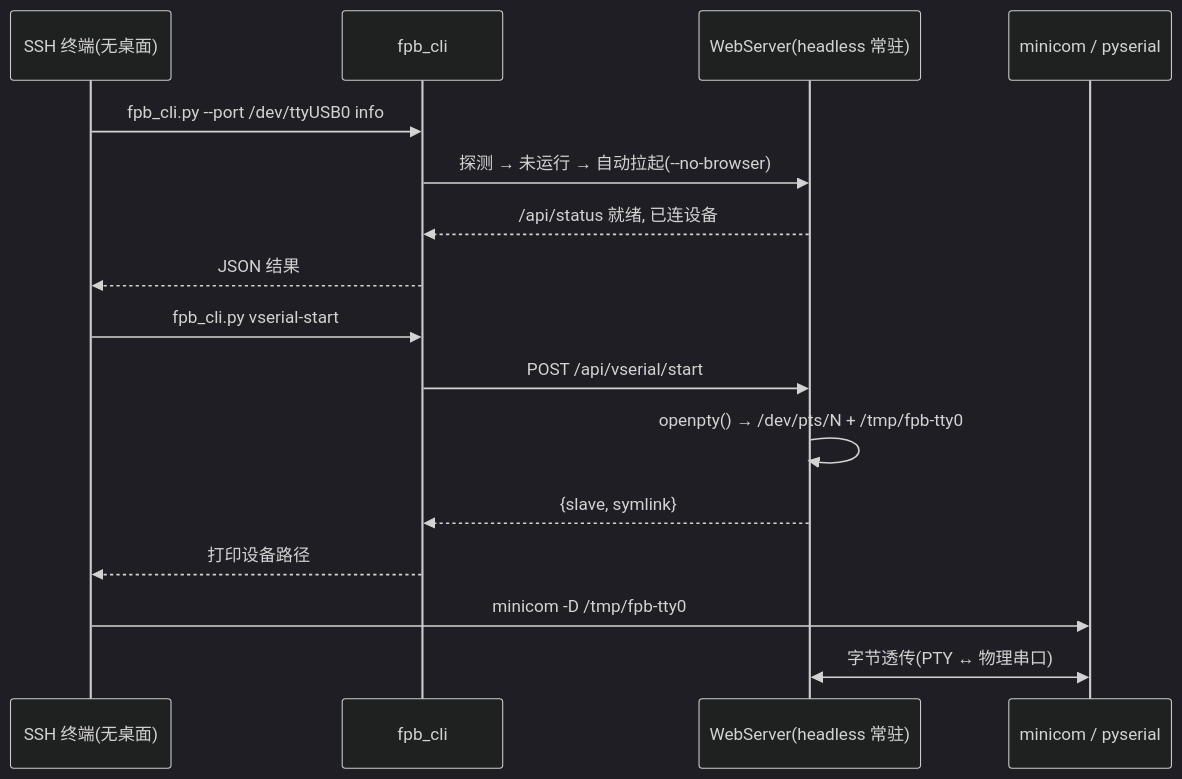
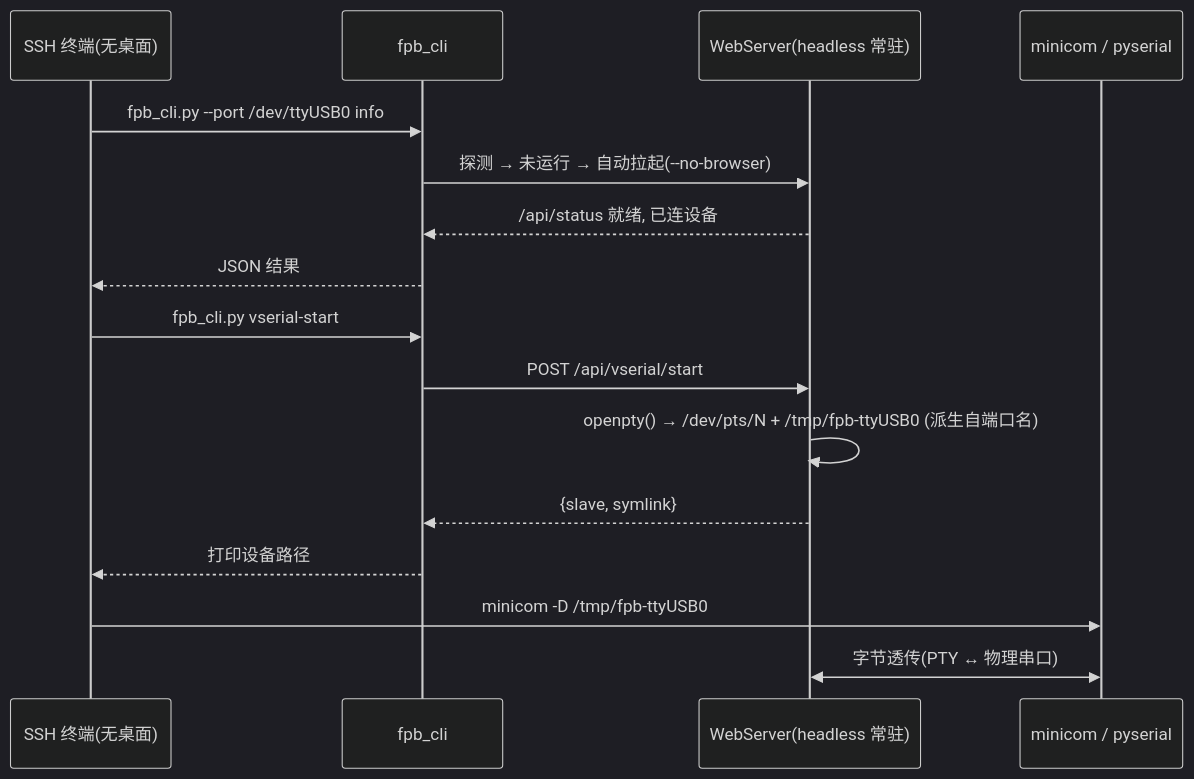
The fifth of 5 diagrams in Tools/WebServer/docs/virtual-serial-passthrough-design.md (FASTSHIFT/FPBInject), drawn with Mermaid (dark theme) before and after one commit. The commit also changed other lines of this file and 7 other files, not shown here.

````diff
--- a/Tools/WebServer/docs/virtual-serial-passthrough-design.md
+++ b/Tools/WebServer/docs/virtual-serial-passthrough-design.md
@@ -335,21 +355,21 @@
 ```mermaid
 sequenceDiagram
     participant U as SSH 终端(无桌面)
     participant CLI as fpb_cli
     participant WS as WebServer(headless 常驻)
     participant EXT as minicom / pyserial
 
     U->>CLI: fpb_cli.py --port /dev/ttyUSB0 info
     CLI->>WS: 探测 → 未运行 → 自动拉起(--no-browser)
     WS-->>CLI: /api/status 就绪, 已连设备
     CLI-->>U: JSON 结果
 
     U->>CLI: fpb_cli.py vserial-start
     CLI->>WS: POST /api/vserial/start
-    WS->>WS: openpty() → /dev/pts/N + /tmp/fpb-tty0
+    WS->>WS: openpty() → /dev/pts/N + /tmp/fpb-ttyUSB0 (派生自端口名)
     WS-->>CLI: {slave, symlink}
     CLI-->>U: 打印设备路径
 
-    U->>EXT: minicom -D /tmp/fpb-tty0
+    U->>EXT: minicom -D /tmp/fpb-ttyUSB0
     EXT<<->>WS: 字节透传(PTY ↔ 物理串口)
 ```
````
